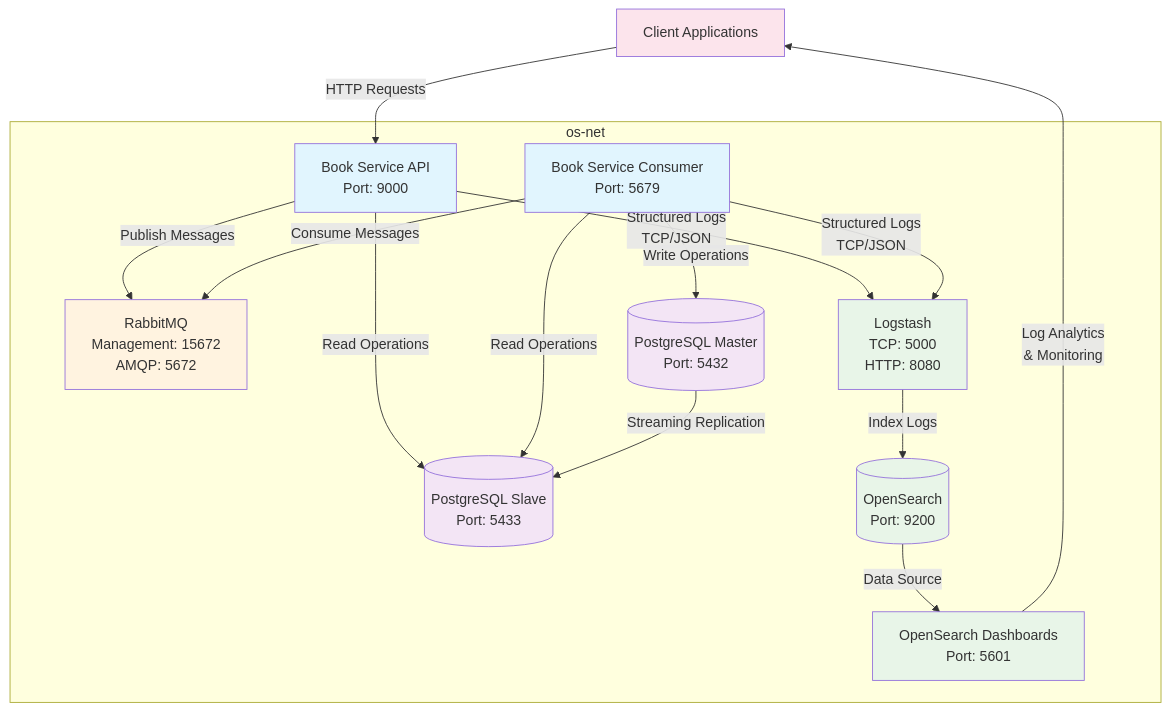
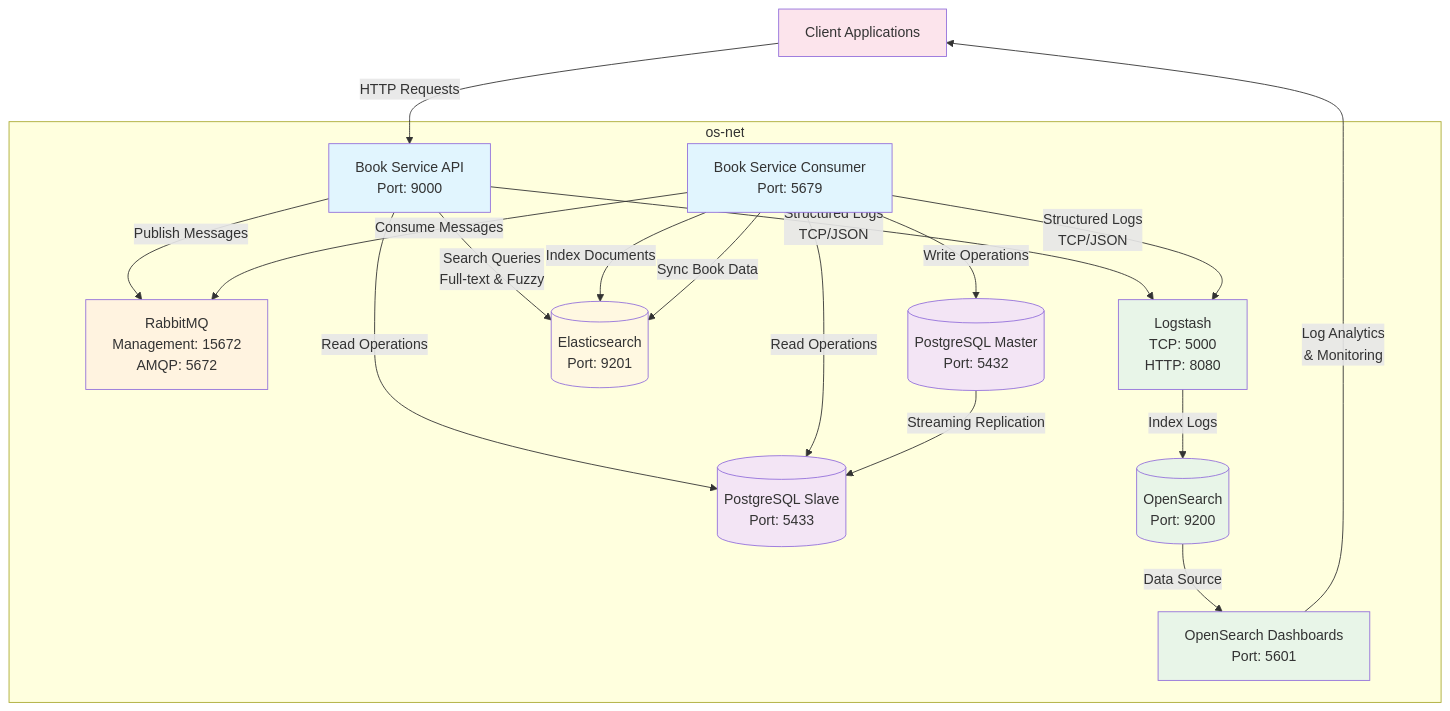
The third of 3 diagrams in README.md (gabmac/book-service), drawn with Mermaid before and after one commit. The commit also changed other lines of this file, not shown here.

Commit message:
docs: elastic search

````diff
--- a/README.md
+++ b/README.md
@@ -223,6 +465,9 @@
     %% Database Layer
     PostgresMaster[(PostgreSQL Master<br/>Port: 5432)]
     PostgresSlave[(PostgreSQL Slave<br/>Port: 5433)]
+
+    %% Search Engine Layer
+    Elasticsearch[(Elasticsearch<br/>Port: 9201)]
 
     %% Logging Infrastructure
     Logstash[Logstash<br/>TCP: 5000<br/>HTTP: 8080]
@@ -241,8 +486,15 @@
     Consumer -->|Write Operations| PostgresMaster
     Consumer -->|Read Operations| PostgresSlave
 
+    %% Application to Search Engine
+    API -->|Search Queries<br/>Full-text & Fuzzy| Elasticsearch
+    Consumer -->|Index Documents| Elasticsearch
+
     %% Database Replication
     PostgresMaster -->|Streaming Replication| PostgresSlave
+
+    %% Data Synchronization
+    Consumer -->|Sync Book Data| Elasticsearch
 
     %% Logging Flow
     API -->|Structured Logs<br/>TCP/JSON| Logstash
@@ -260,6 +512,7 @@
         RabbitMQ
         PostgresMaster
         PostgresSlave
+        Elasticsearch
         Logstash
         OpenSearch
         Dashboard
@@ -270,11 +523,13 @@
     classDef database fill:#f3e5f5
     classDef messaging fill:#fff3e0
     classDef logging fill:#e8f5e8
+    classDef search fill:#fff8e1
     classDef external fill:#fce4ec
 
     class API,Consumer application
     class PostgresMaster,PostgresSlave database
     class RabbitMQ messaging
     class Logstash,OpenSearch,Dashboard logging
+    class Elasticsearch search
     class Client external
 ```
````
